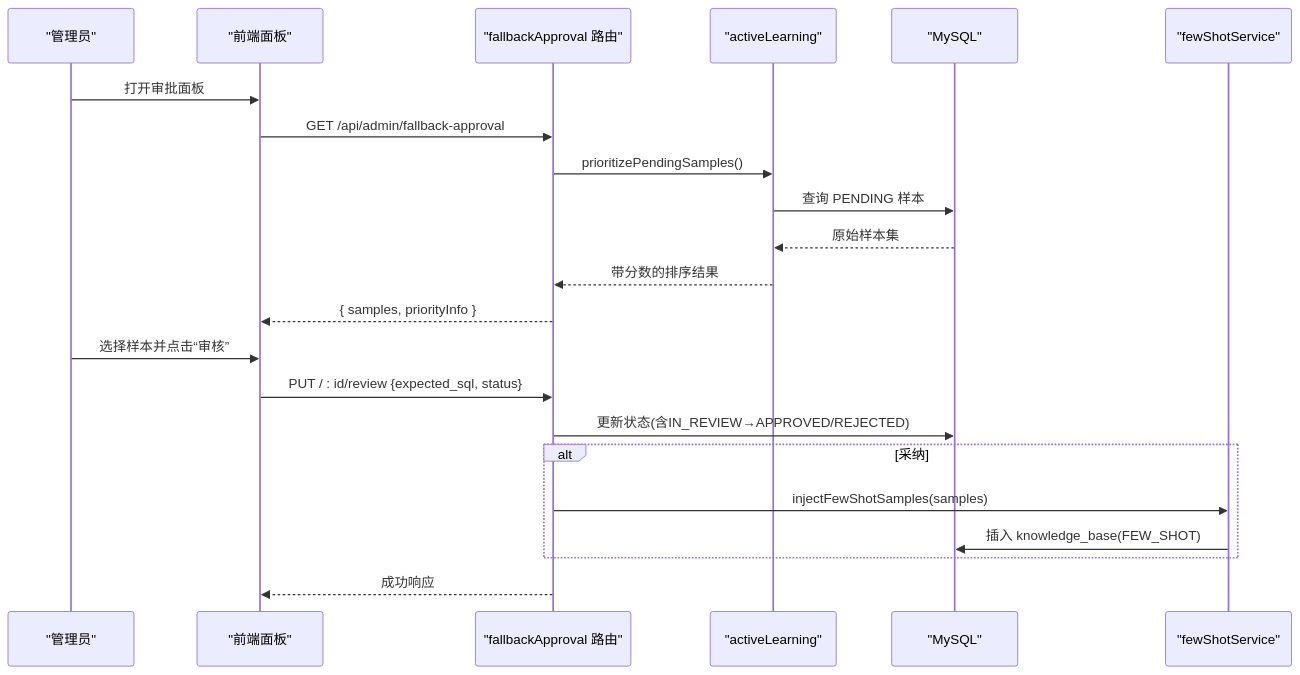
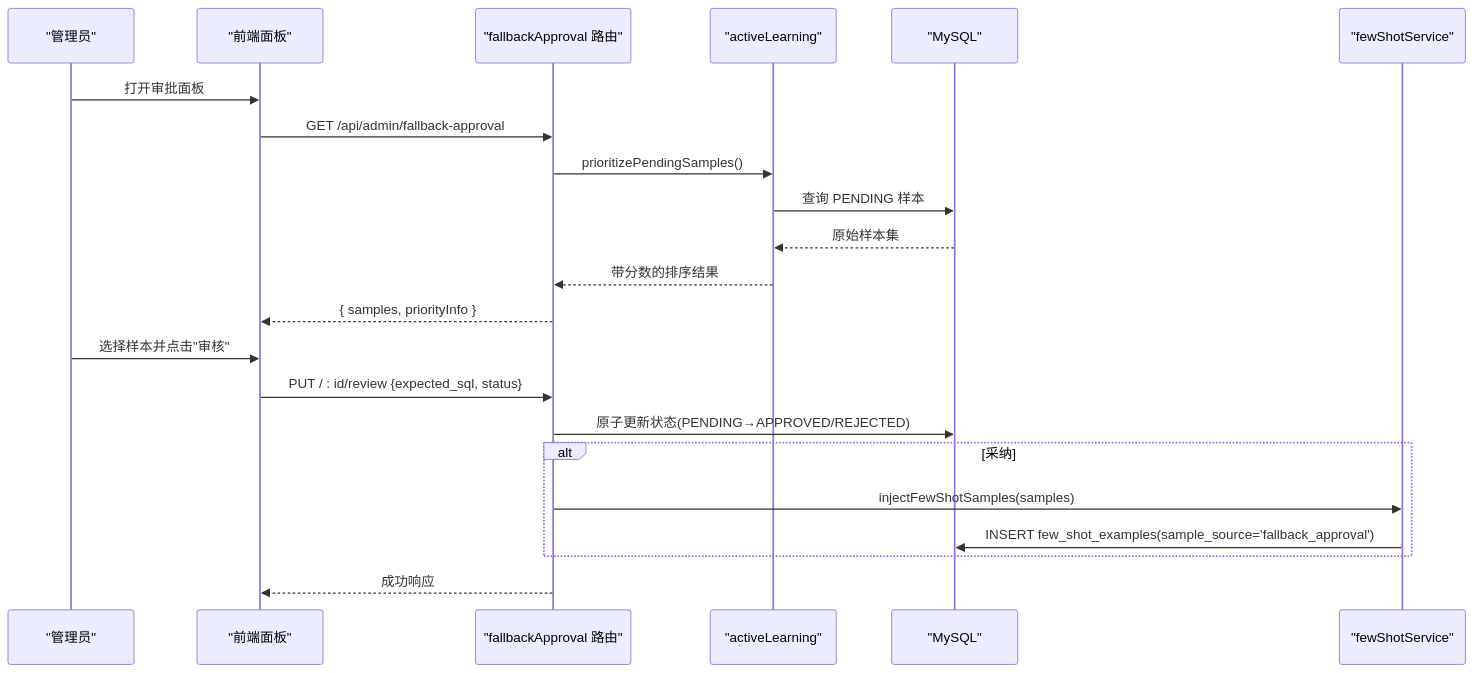
Before and after one commit to dgjin/smart-data-analytics: the second of 7 diagrams in .qoder/repowiki/zh/content/后端服务/人类审批工作流.md, drawn with Mermaid. The commit also changed other lines of this file and 100 other files, not shown here.

````diff
--- a/.qoder/repowiki/zh/content/后端服务/人类审批工作流.md
+++ b/.qoder/repowiki/zh/content/后端服务/人类审批工作流.md
@@ -89,24 +99,24 @@
 ```mermaid
 sequenceDiagram
 participant U as "管理员"
 participant FE as "前端面板"
 participant API as "fallbackApproval 路由"
 participant AL as "activeLearning"
 participant DB as "MySQL"
 participant FS as "fewShotService"
 U->>FE : 打开审批面板
 FE->>API : GET /api/admin/fallback-approval
 API->>AL : prioritizePendingSamples()
 AL->>DB : 查询 PENDING 样本
 DB-->>AL : 原始样本集
 AL-->>API : 带分数的排序结果
 API-->>FE : { samples, priorityInfo }
-U->>FE : 选择样本并点击“审核”
+U->>FE : 选择样本并点击"审核"
 FE->>API : PUT / : id/review {expected_sql, status}
-API->>DB : 更新状态(含IN_REVIEW→APPROVED/REJECTED)
+API->>DB : 原子更新状态(PENDING→APPROVED/REJECTED)
 alt 采纳
 API->>FS : injectFewShotSamples(samples)
-FS->>DB : 插入 knowledge_base(FEW_SHOT)
+FS->>DB : INSERT few_shot_examples(sample_source='fallback_approval')
 end
 API-->>FE : 成功响应
 ```
````
